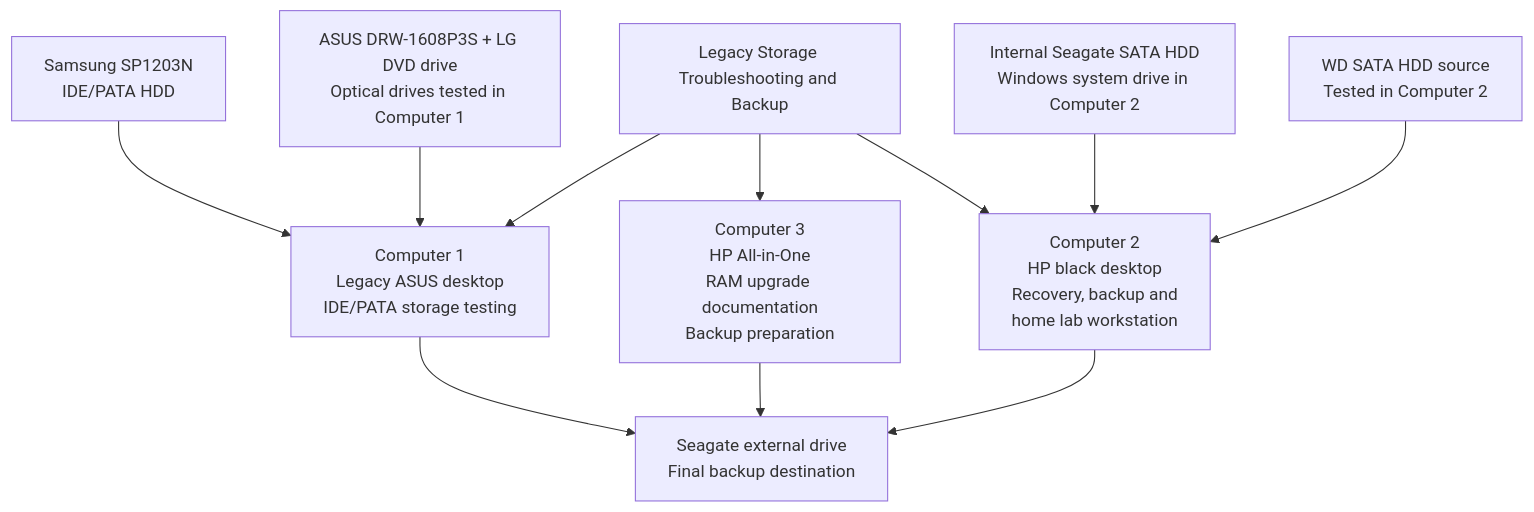
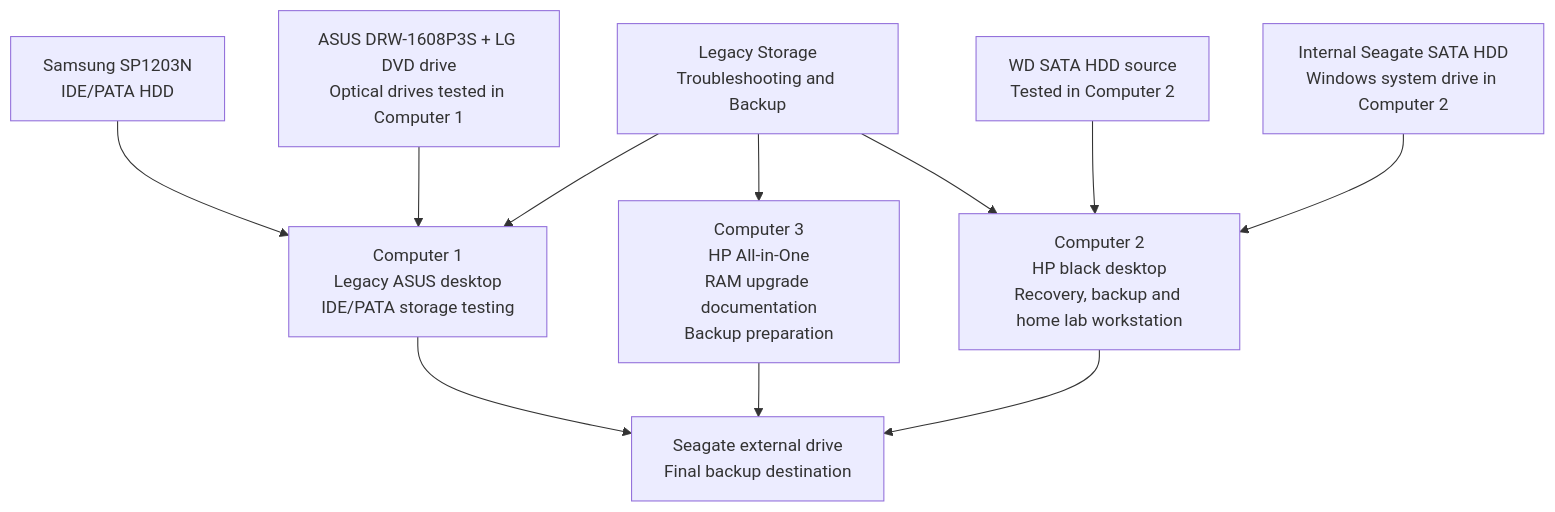
The first of 5 diagrams in PROJECTS/07-home-lab-documentation/diagrams/lab-environment-overview.md (aang81a/my-it-support-portfolio), drawn with Mermaid before and after one commit.

````diff
--- a/PROJECTS/07-home-lab-documentation/diagrams/lab-environment-overview.md
+++ b/PROJECTS/07-home-lab-documentation/diagrams/lab-environment-overview.md
@@ -9,33 +9,31 @@
 ```mermaid
 flowchart TB
 
-    TITLE["Legacy Storage Troubleshooting and Backup"]
+    TITLE["Legacy Storage<br/>Troubleshooting and Backup"]
+
+    C1["Computer 1<br/>Legacy ASUS desktop<br/>IDE/PATA storage testing"]
+    C3["Computer 3<br/>HP All-in-One<br/>RAM upgrade documentation<br/>Backup preparation"]
+    C2["Computer 2<br/>HP black desktop<br/>Recovery, backup and home lab workstation"]
 
     Samsung["Samsung SP1203N<br/>IDE/PATA HDD"]
     Optical["ASUS DRW-1608P3S + LG DVD drive<br/>Optical drives tested in Computer 1"]
 
-    C1["Computer 1<br/>Legacy ASUS desktop<br/>IDE/PATA storage testing"]
-
-    C3["Computer 3<br/>HP All-in-One<br/>RAM upgrade documentation<br/>Backup preparation"]
-
+    WD["WD SATA HDD source<br/>Tested in Computer 2"]
     InternalSeagate["Internal Seagate SATA HDD<br/>Windows system drive in Computer 2"]
-    WD["WD SATA HDD source<br/>Tested in Computer 2"]
-
-    C2["Computer 2<br/>HP black desktop<br/>Recovery, backup and<br/>home lab workstation"]
 
     ExternalSeagate["Seagate external drive<br/>Final backup destination"]
 
     TITLE --> C1
     TITLE --> C3
     TITLE --> C2
 
     Samsung --> C1
     Optical --> C1
 
+    WD --> C2
     InternalSeagate --> C2
-    WD --> C2
 
     C1 --> ExternalSeagate
     C3 --> ExternalSeagate
     C2 --> ExternalSeagate
 ```
````
